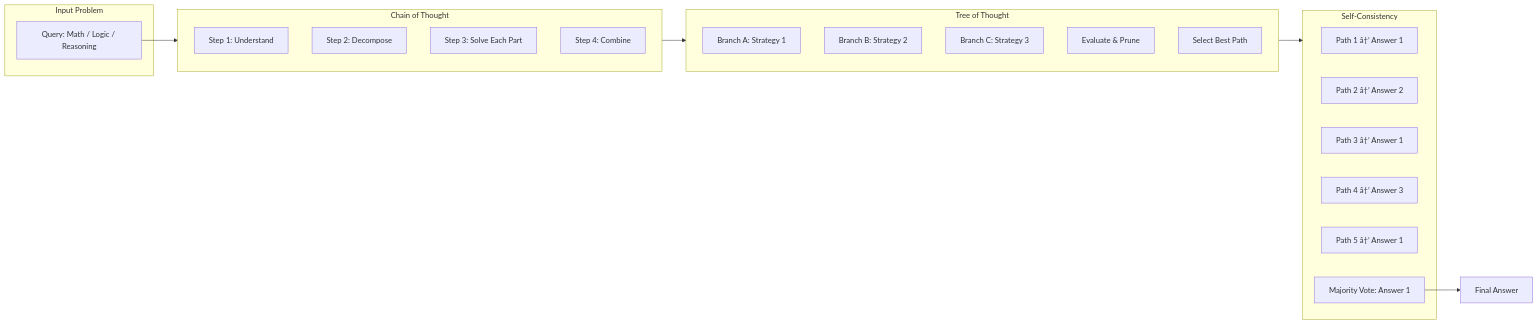
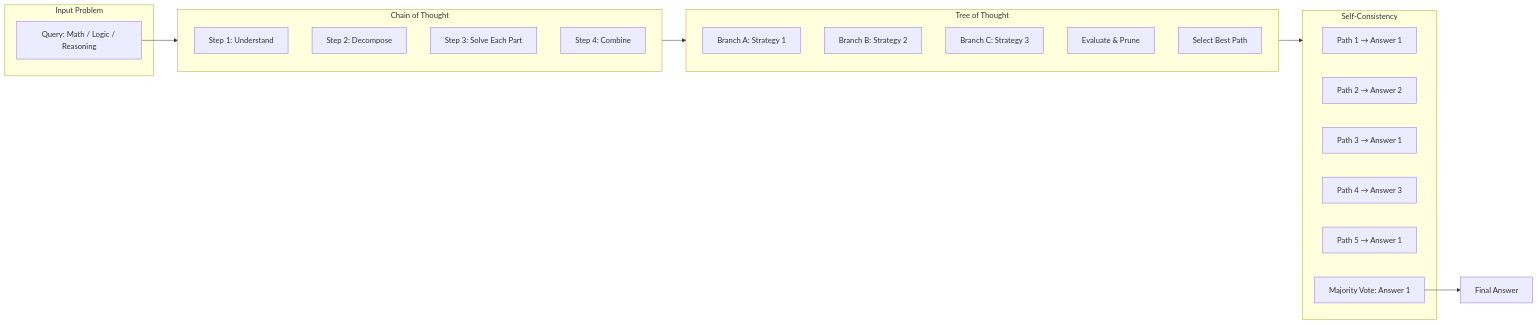
One commit to Raushan666java/ai-engineering-journey changed the second of 3 diagrams in docs/courses/modern-ai-engineering/05-prompt-engineering.md. Above: the diagram before and after it, drawn with Mermaid. The commit also changed other lines of this file and 965 other files, not shown here.

````diff
--- a/docs/courses/modern-ai-engineering/05-prompt-engineering.md
+++ b/docs/courses/modern-ai-engineering/05-prompt-engineering.md
@@ -173,35 +173,35 @@
 ```mermaid
 flowchart LR
     subgraph Input["Input Problem"]
         A[Query: Math / Logic / Reasoning]
     end
     
     subgraph CoT["Chain of Thought"]
         B["Step 1: Understand"]
         C["Step 2: Decompose"]
         D["Step 3: Solve Each Part"]
         E["Step 4: Combine"]
     end
     
     subgraph ToT["Tree of Thought"]
         F["Branch A: Strategy 1"]
         G["Branch B: Strategy 2"]
         H["Branch C: Strategy 3"]
         I["Evaluate & Prune"]
         J["Select Best Path"]
     end
     
     subgraph SelfCons["Self-Consistency"]
-        K["Path 1 â†’ Answer 1"]
-        L["Path 2 â†’ Answer 2"]
-        M["Path 3 â†’ Answer 1"]
-        N["Path 4 â†’ Answer 3"]
-        O["Path 5 â†’ Answer 1"]
+        K["Path 1 → Answer 1"]
+        L["Path 2 → Answer 2"]
+        M["Path 3 → Answer 1"]
+        N["Path 4 → Answer 3"]
+        O["Path 5 → Answer 1"]
         P["Majority Vote: Answer 1"]
     end
     
     A --> CoT
     CoT --> ToT
     ToT --> SelfCons
     P --> Q[Final Answer]
 ```
````
